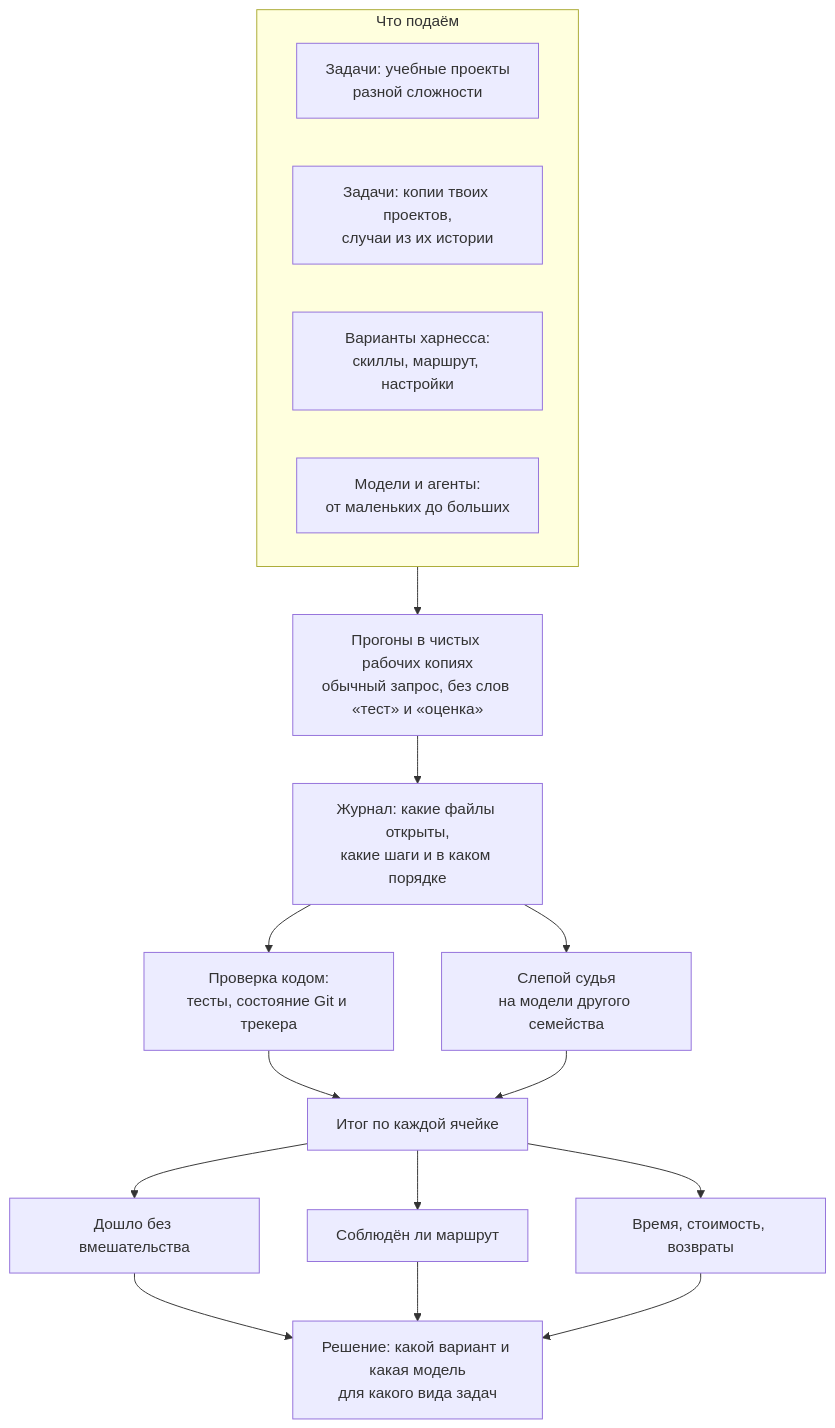
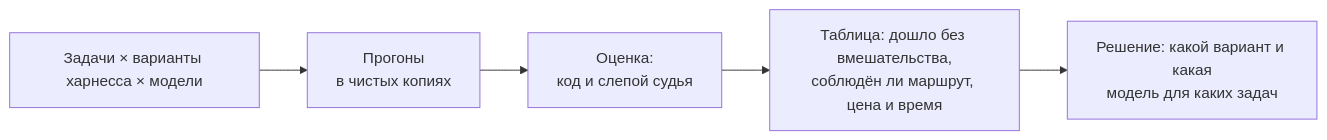
One commit to KirillSachkov/agent-kit changed the seventh of 7 diagrams in docs/research/factory-pipeline.ru.md. Above: the diagram before and after it, drawn with Mermaid. The commit also changed other lines of this file, not shown here.

Commit message:
Split the factory pipeline into simple diagrams

````diff
--- a/docs/research/factory-pipeline.ru.md
+++ b/docs/research/factory-pipeline.ru.md
@@ -111,21 +105,7 @@
 ```mermaid
-flowchart TD
-    subgraph IN["Что подаём"]
-        K1["Задачи: учебные проекты<br/>разной сложности"]
-        K2["Задачи: копии твоих проектов,<br/>случаи из их истории"]
-        K3["Варианты харнесса:<br/>скиллы, маршрут, настройки"]
-        K4["Модели и агенты:<br/>от маленьких до больших"]
-    end
-    IN --> RUN["Прогоны в чистых рабочих копиях<br/>обычный запрос, без слов «тест» и «оценка»"]
-    RUN --> LOG["Журнал: какие файлы открыты,<br/>какие шаги и в каком порядке"]
-    LOG --> G1["Проверка кодом:<br/>тесты, состояние Git и трекера"]
-    LOG --> G2["Слепой судья<br/>на модели другого семейства"]
-    G1 --> RES["Итог по каждой ячейке"]
-    G2 --> RES
-    RES --> M1["Дошло без вмешательства"]
-    RES --> M2["Соблюдён ли маршрут"]
-    RES --> M3["Время, стоимость, возвраты"]
-    M1 --> DEC["Решение: какой вариант и какая модель<br/>для какого вида задач"]
-    M2 --> DEC
-    M3 --> DEC
+flowchart LR
+    I["Задачи × варианты харнесса × модели"] --> R["Прогоны<br/>в чистых копиях"]
+    R --> G["Оценка:<br/>код и слепой судья"]
+    G --> T["Таблица: дошло без вмешательства,<br/>соблюдён ли маршрут, цена и время"]
+    T --> D["Решение: какой вариант и какая<br/>модель для каких задач"]
 ```
````
